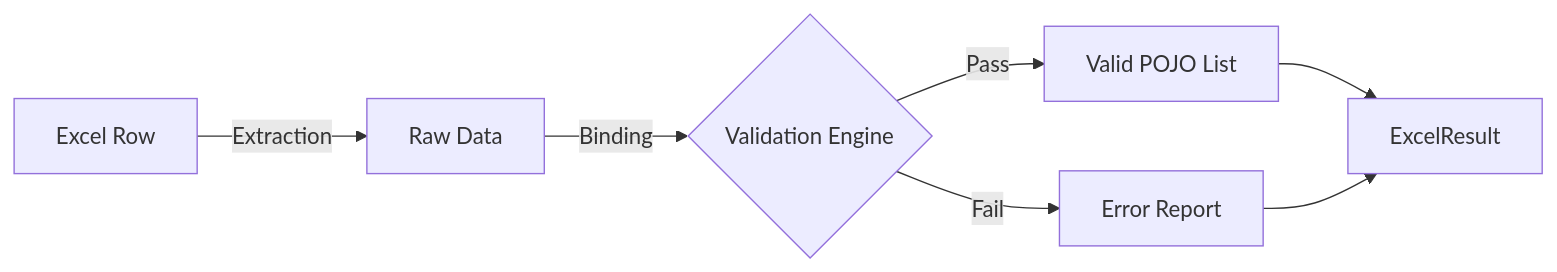
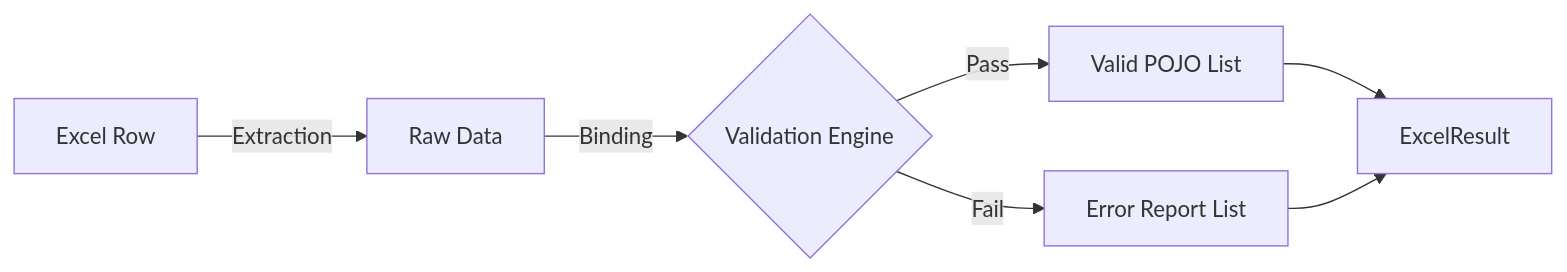
One commit to cm-ms/mypoio changed the first of 2 diagrams in README.md. Above: the diagram before and after it, drawn with Mermaid. The commit also changed other lines of this file, not shown here.

````diff
--- a/README.md
+++ b/README.md
@@ -246,8 +177,8 @@
 ```mermaid
 graph LR
     A[Excel Row] -->|Extraction| B[Raw Data]
     B -->|Binding| C{Validation Engine}
     C -->|Pass| D[Valid POJO List]
-    C -->|Fail| E[Error Report]
+    C -->|Fail| E[Error Report List]
     D & E --> F[ExcelResult]
 ```
````
